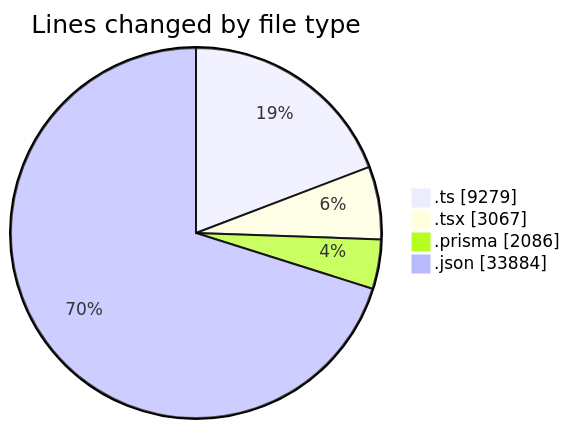
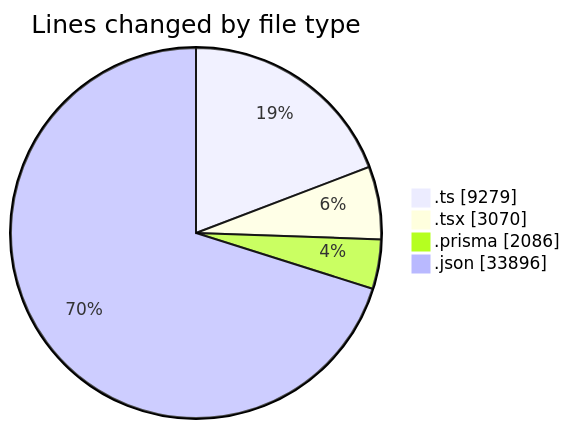
Before and after one commit to CELIANVF/code-tracking: the first of 2 diagrams in 2025-05-19/ecodeli-1/README.md, drawn with Mermaid. The commit also changed other lines of this file and 1 other file, not shown here.

````diff
--- a/2025-05-19/ecodeli-1/README.md
+++ b/2025-05-19/ecodeli-1/README.md
@@ -57,8 +57,8 @@
 ```mermaid
 pie showData
 title Lines changed by file type
 ".ts" : 9279
-".tsx" : 3067
+".tsx" : 3070
 ".prisma" : 2086
-".json" : 33884
+".json" : 33896
 ```
````
